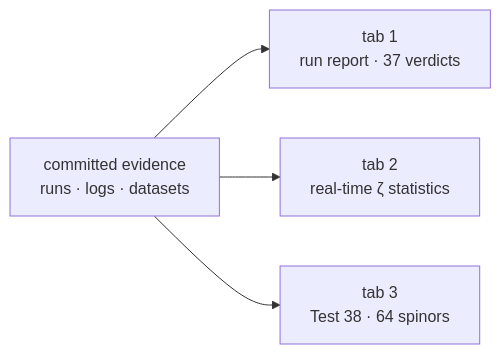
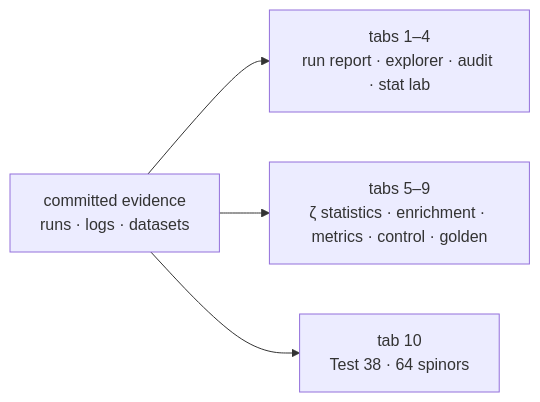
Before and after one commit to wild8highlander/ab-cloud-research: the diagram in apps/ab-cloud-dashboard/README.md, drawn with Mermaid. The commit also changed other lines of this file and 28 other files, not shown here.

````diff
--- a/apps/ab-cloud-dashboard/README.md
+++ b/apps/ab-cloud-dashboard/README.md
@@ -55,6 +90,6 @@
 ```mermaid
 flowchart LR
-    R["committed evidence<br/>runs · logs · datasets"] --> T1["tab 1<br/>run report · 37 verdicts"]
-    R --> T2["tab 2<br/>real-time ζ statistics"]
-    R --> T3["tab 3<br/>Test 38 · 64 spinors"]
+    R["committed evidence<br/>runs · logs · datasets"] --> T1["tabs 1–4<br/>run report · explorer · audit · stat lab"]
+    R --> T2["tabs 5–9<br/>ζ statistics · enrichment · metrics · control · golden"]
+    R --> T3["tab 10<br/>Test 38 · 64 spinors"]
 ```
````
